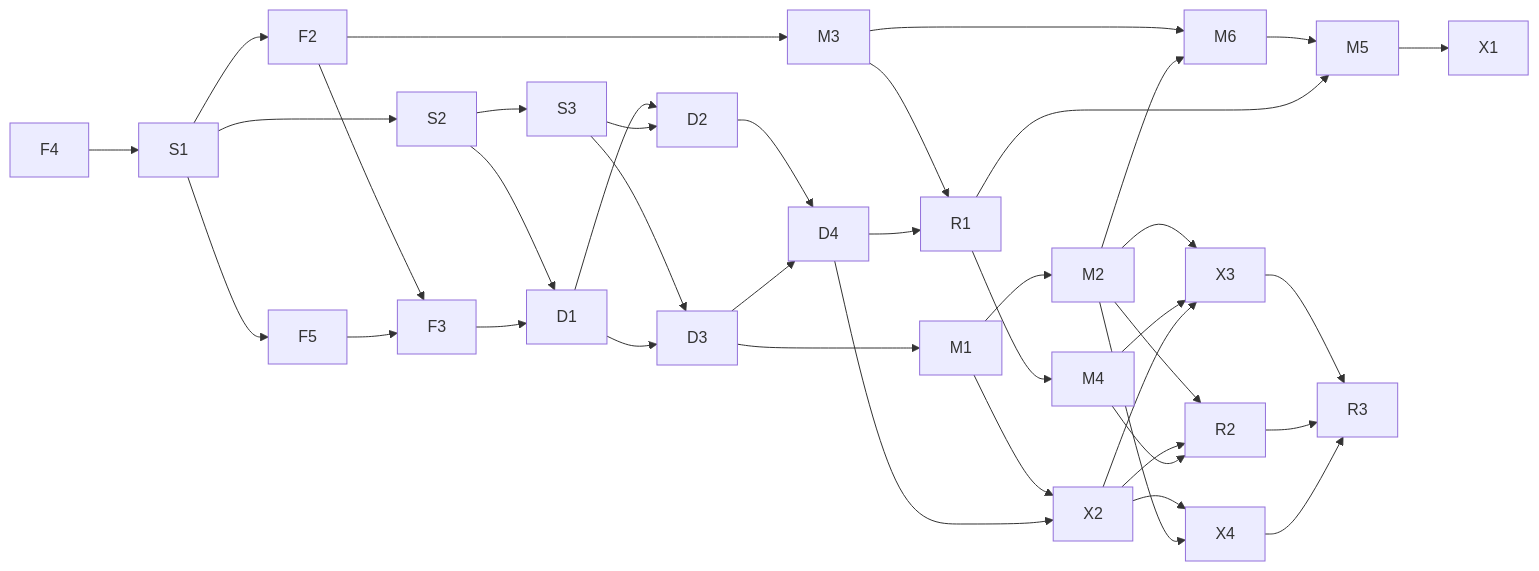
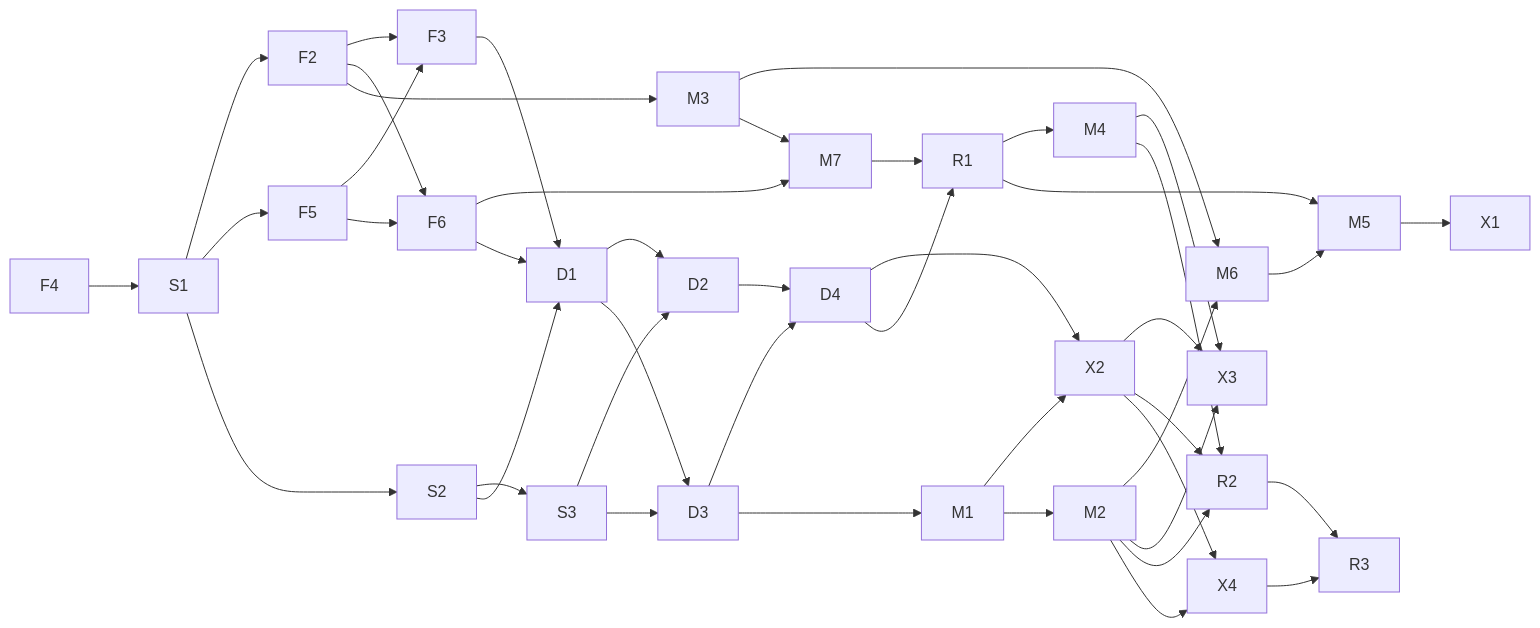
The second of 2 diagrams in ROADMAP.md (ppat/mediated-mailbox-mcp), drawn with Mermaid before and after one commit. The commit also changed other lines of this file and 49 other files, not shown here.

````diff
--- a/ROADMAP.md
+++ b/ROADMAP.md
@@ -1143,42 +1235,46 @@
 ```mermaid
 flowchart LR
     F4 --> S1
     S1 --> F2
     S1 --> F5
     S1 --> S2
     S2 --> S3
     F2 --> F3
     F5 --> F3
+    F2 --> F6
+    F5 --> F6
     F2 --> M3
     M3 --> M6
     M2 --> M6
     M6 --> M5
-    M3 --> R1
+    M3 --> M7
+    F6 --> M7
+    M7 --> R1
     S2 --> D1
     F3 --> D1
+    F6 --> D1
     D1 --> D2
     S3 --> D2
     R1 --> M4
     R1 --> M5
     S3 --> D3
     D1 --> D3
     D2 --> D4
     D3 --> D4
     D3 --> M1
     M1 --> X2
     D4 --> X2
     M1 --> M2
     M2 --> X3
     M4 --> X3
     X2 --> X3
     D4 --> R1
     M2 --> R2
     X2 --> R2
     M4 --> R2
-    X3 --> R3
     R2 --> R3
     X2 --> X4
     M2 --> X4
     X4 --> R3
     M5 --> X1
 ```
````
